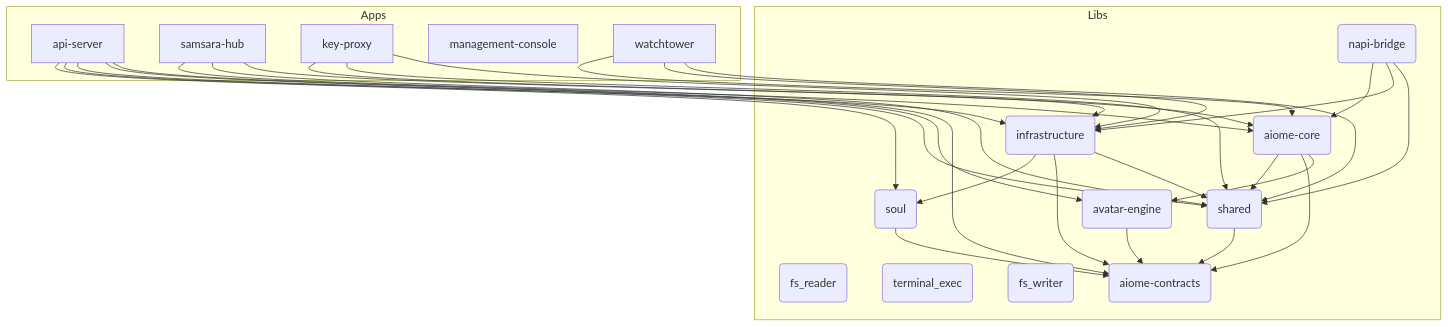
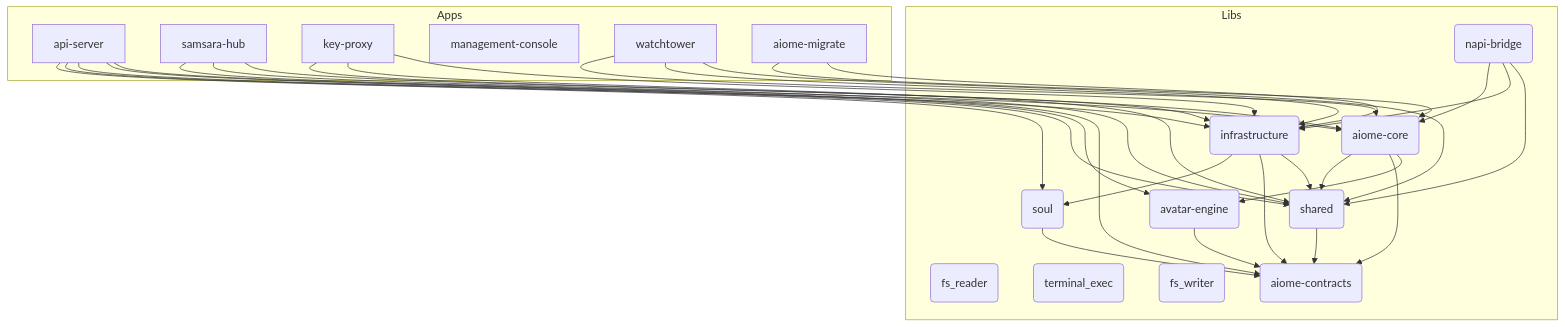
Before and after one commit to for4xex-droid/modular-open-claw: the diagram in ARCHITECTURE.md, drawn with Mermaid. The commit also changed other lines of this file and 91 other files, not shown here.

````diff
--- a/ARCHITECTURE.md
+++ b/ARCHITECTURE.md
@@ -23,50 +23,53 @@
 ```mermaid
 graph TD
     subgraph Apps
         api-server[api-server]
         samsara-hub[samsara-hub]
         key-proxy[key-proxy]
         management-console[management-console]
         watchtower[watchtower]
+        aiome-migrate[aiome-migrate]
     end
 
     subgraph Libs
         aiome-core(aiome-core)
         infrastructure(infrastructure)
         shared(shared)
         avatar-engine(avatar-engine)
         fs_reader(fs_reader)
         terminal_exec(terminal_exec)
         fs_writer(fs_writer)
         napi-bridge(napi-bridge)
         aiome-contracts(aiome-contracts)
         soul(soul)
     end
 
     api-server --> soul
     api-server --> infrastructure
     api-server --> shared
     api-server --> avatar-engine
     api-server --> aiome-contracts
     samsara-hub --> aiome-core
     samsara-hub --> shared
     samsara-hub --> infrastructure
     key-proxy --> aiome-core
     key-proxy --> shared
     key-proxy --> infrastructure
     aiome-core --> shared
     aiome-core --> aiome-contracts
     aiome-core --> avatar-engine
     infrastructure --> soul
     infrastructure --> aiome-contracts
     infrastructure --> shared
     shared --> aiome-contracts
     avatar-engine --> aiome-contracts
     napi-bridge --> aiome-core
     napi-bridge --> infrastructure
     napi-bridge --> shared
     watchtower --> aiome-core
     watchtower --> infrastructure
     watchtower --> shared
     soul --> aiome-contracts
+    aiome-migrate --> aiome-core
+    aiome-migrate --> infrastructure
 ```
````
